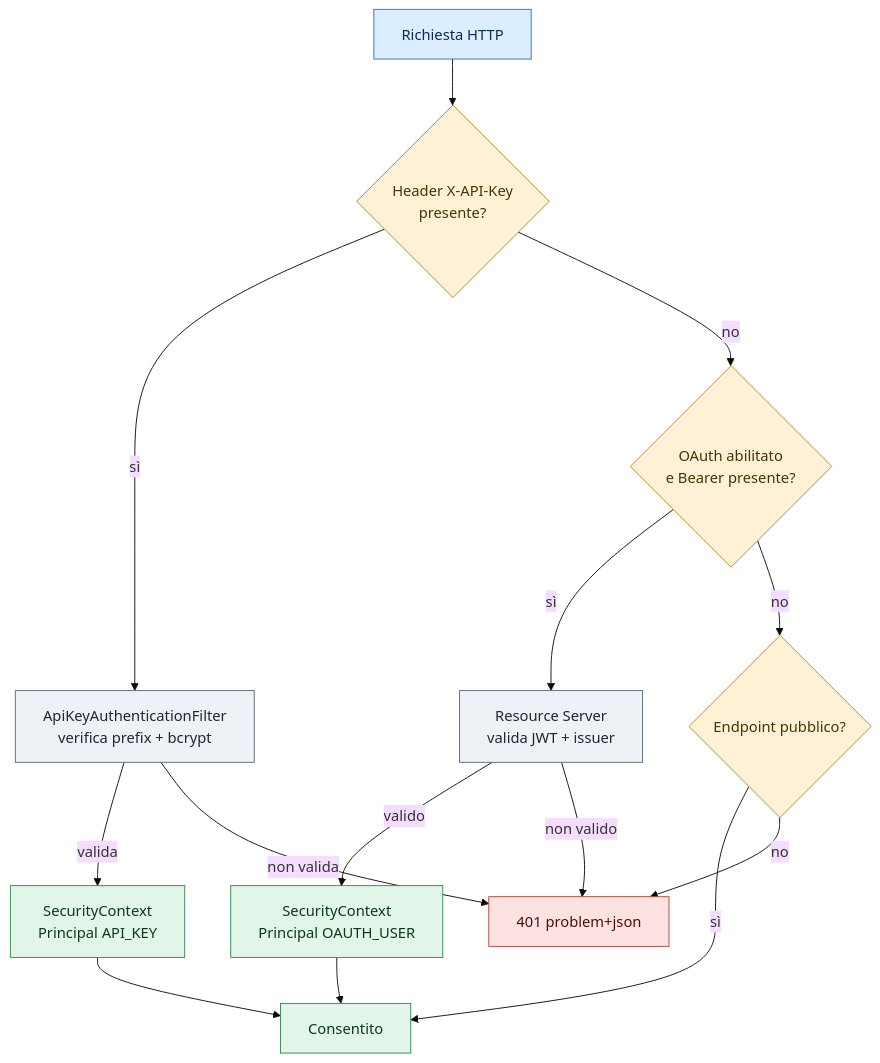
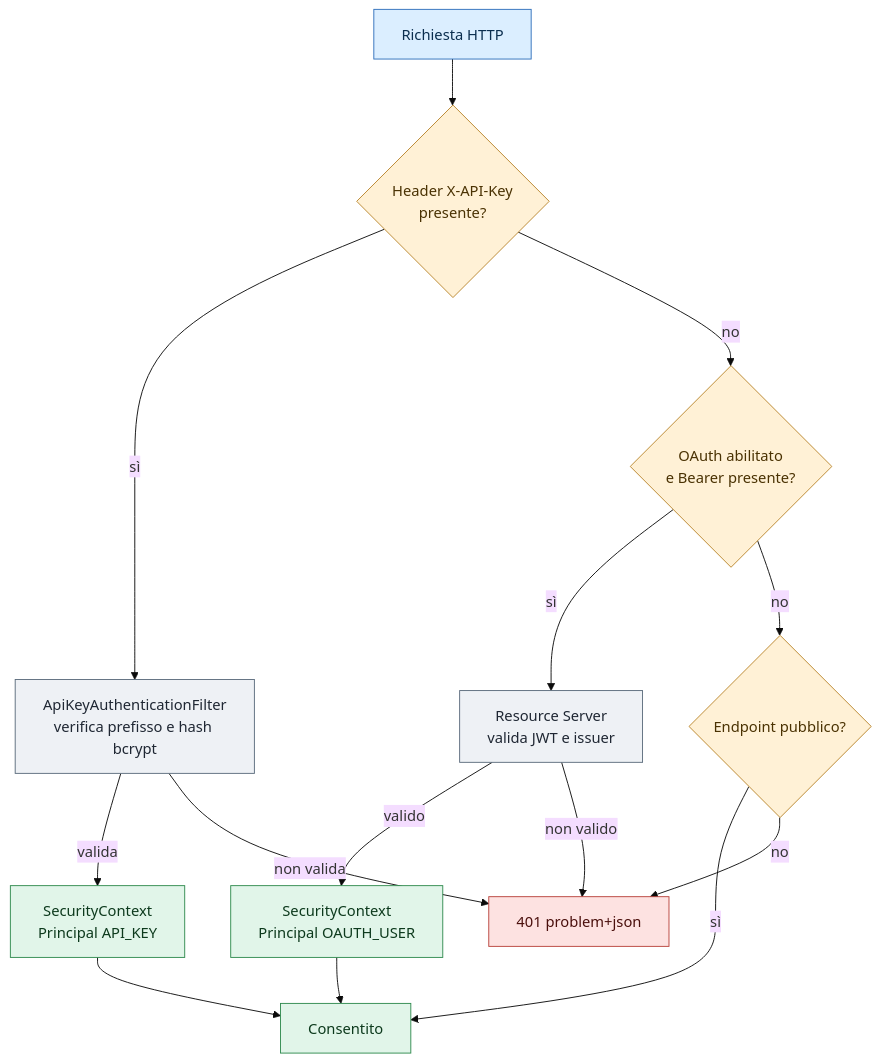
One commit to toresoft/sign-verify changed the first of 2 diagrams in docs/it/03-autenticazione.md. Above: the diagram before and after it, drawn with Mermaid (base theme). The commit also changed other lines of this file and 14 other files, not shown here.

````diff
--- a/docs/it/03-autenticazione.md
+++ b/docs/it/03-autenticazione.md
@@ -19,27 +20,27 @@
 ```mermaid
 flowchart TD
-    R[Richiesta HTTP] --> AK{Header X-API-Key\npresente?}
-    AK -- sì --> V[ApiKeyAuthenticationFilter\nverifica prefix + bcrypt]
-    V -- valida --> CTX[SecurityContext\nPrincipal API_KEY]
-    V -- non valida --> U401[401 problem+json]
-    AK -- no --> O{OAuth abilitato\ne Bearer presente?}
-    O -- sì --> J[Resource Server\nvalida JWT + issuer]
-    J -- valido --> CTX2[SecurityContext\nPrincipal OAUTH_USER]
+    R[Richiesta HTTP] --> AK{"Header X-API-Key\npresente?"}
+    AK -- sì --> V["ApiKeyAuthenticationFilter\nverifica prefisso e hash bcrypt"]
+    V -- valida --> CTX["SecurityContext\nPrincipal API_KEY"]
+    V -- non valida --> U401["401 problem+json"]
+    AK -- no --> O{"OAuth abilitato\ne Bearer presente?"}
+    O -- sì --> J["Resource Server\nvalida JWT e issuer"]
+    J -- valido --> CTX2["SecurityContext\nPrincipal OAUTH_USER"]
     J -- non valido --> U401
     O -- no --> ANON{Endpoint pubblico?}
     ANON -- sì --> OK[Consentito]
     ANON -- no --> U401
     CTX --> OK
     CTX2 --> OK
 
     classDef input fill:#dbeeff,stroke:#2f6fbb,color:#0b2e4f
     classDef decision fill:#fff1d6,stroke:#b9842a,color:#4a3203
     classDef app fill:#eef1f5,stroke:#5b6b7c,color:#1f2733
     classDef success fill:#e1f5e9,stroke:#2f8a4e,color:#0d3a1d
     classDef failure fill:#fde2e1,stroke:#b8413a,color:#4a0f0c
     class R input
     class AK,O,ANON decision
     class V,J app
     class CTX,CTX2,OK success
     class U401 failure
 ```
````
